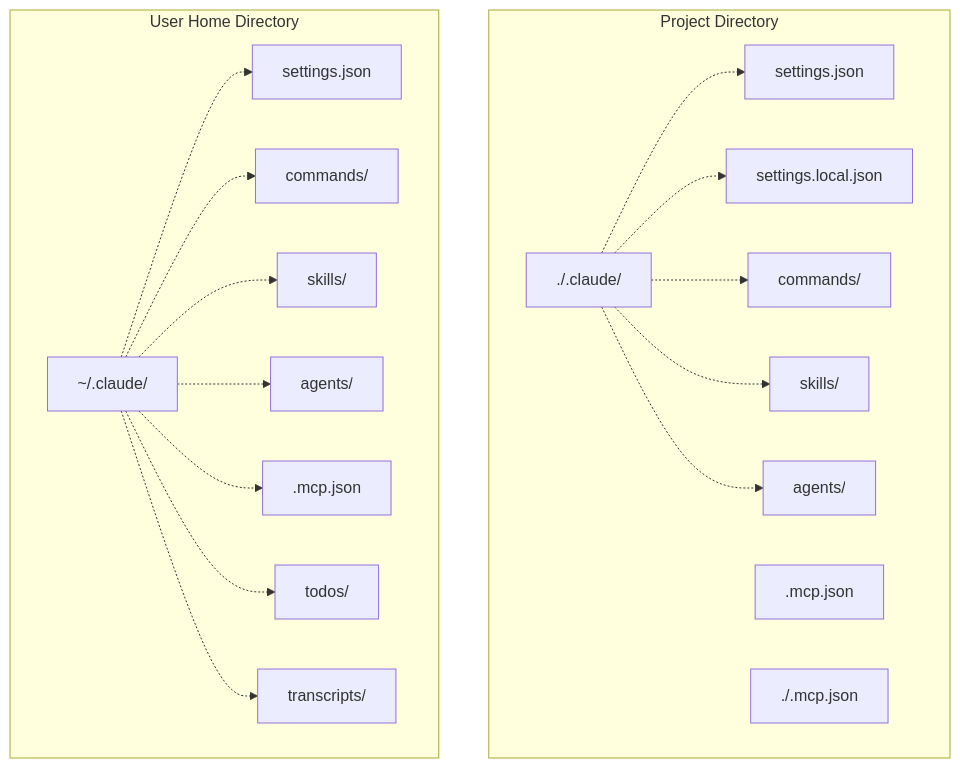
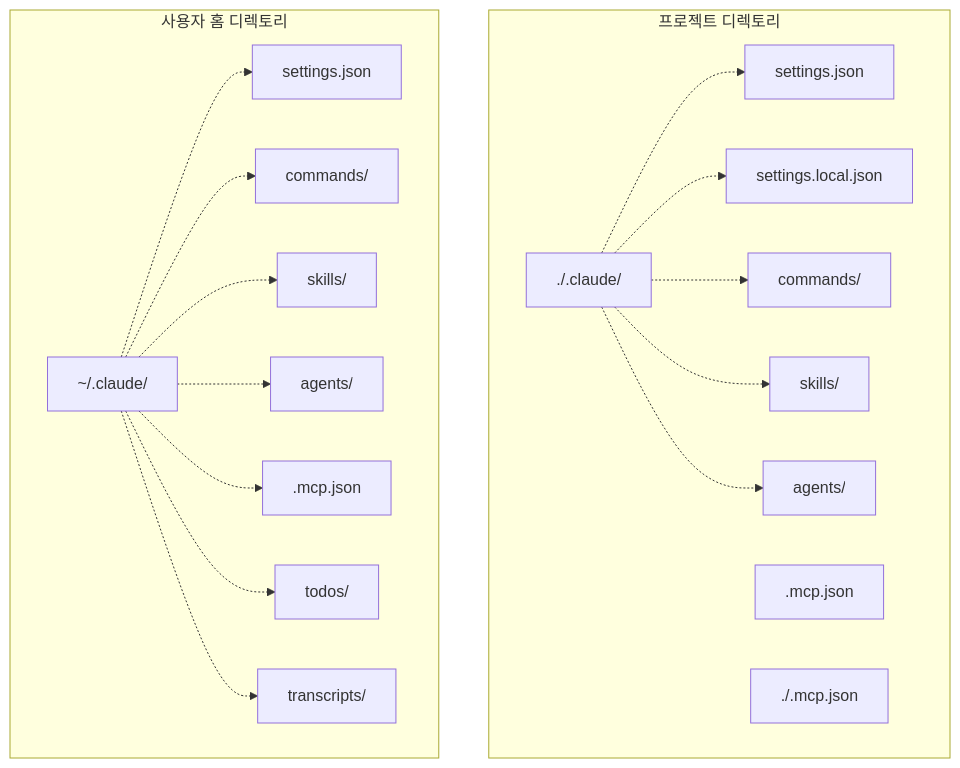
One commit to felipetruman/oh-my-opencode-docs changed the second of 11 diagrams in docs/compatibility/claude-code-compatibility.md. Above: the diagram before and after it, drawn with Mermaid. The commit also changed other lines of this file and 76 other files, not shown here.

````diff
--- a/docs/compatibility/claude-code-compatibility.md
+++ b/docs/compatibility/claude-code-compatibility.md
@@ -138,54 +138,54 @@
 ```mermaid
 flowchart TD
 
 ProjectClaudeDir["./.claude/"]
 ProjectSettings["settings.json"]
 ProjectSettingsLocal["settings.local.json"]
 ProjectCommands["commands/"]
 ProjectSkills["skills/"]
 ProjectAgents["agents/"]
 ProjectMCP[".mcp.json"]
 ProjectRoot["./.mcp.json"]
 UserClaudeDir["~/.claude/"]
 UserSettings["settings.json"]
 UserCommands["commands/"]
 UserSkills["skills/"]
 UserAgents["agents/"]
 UserMCP[".mcp.json"]
 UserTodos["todos/"]
 UserTranscripts["transcripts/"]
 
-subgraph subGraph1 ["Project Directory"]
+subgraph subGraph1 ["프로젝트 디렉토리"]
     ProjectClaudeDir
     ProjectSettings
     ProjectSettingsLocal
     ProjectCommands
     ProjectSkills
     ProjectAgents
     ProjectMCP
     ProjectRoot
     ProjectClaudeDir -.-> ProjectSettings
     ProjectClaudeDir -.-> ProjectSettingsLocal
     ProjectClaudeDir -.-> ProjectCommands
     ProjectClaudeDir -.-> ProjectSkills
     ProjectClaudeDir -.-> ProjectAgents
 end
 
-subgraph subGraph0 ["User Home Directory"]
+subgraph subGraph0 ["사용자 홈 디렉토리"]
     UserClaudeDir
     UserSettings
     UserCommands
     UserSkills
     UserAgents
     UserMCP
     UserTodos
     UserTranscripts
     UserClaudeDir -.-> UserSettings
     UserClaudeDir -.-> UserCommands
     UserClaudeDir -.-> UserSkills
     UserClaudeDir -.-> UserAgents
     UserClaudeDir -.-> UserMCP
     UserClaudeDir -.-> UserTodos
     UserClaudeDir -.-> UserTranscripts
 end
 ```
````
